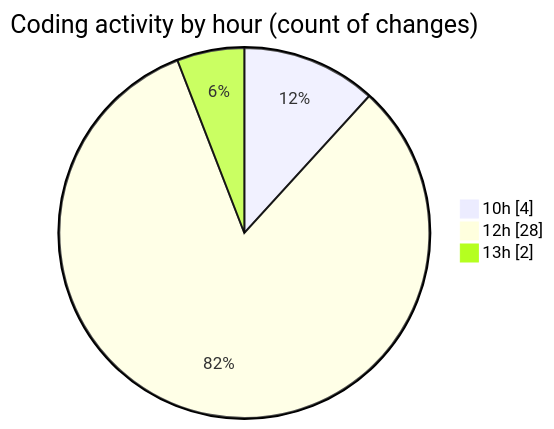
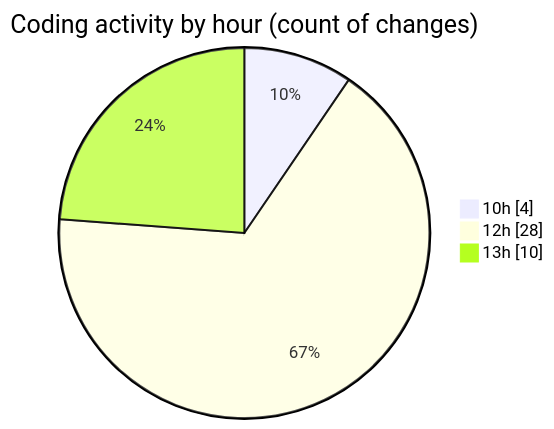
The second of 2 diagrams in 2025-05-22/nxtqube_webapp/README.md (nxtqubesakshisongat/code-tracking), drawn with Mermaid before and after one commit. The commit also changed other lines of this file and 1 other file, not shown here.

````diff
--- a/2025-05-22/nxtqube_webapp/README.md
+++ b/2025-05-22/nxtqube_webapp/README.md
@@ -30,7 +30,7 @@
 ```mermaid
 pie showData
 title Coding activity by hour (count of changes)
 "10h" : 4
 "12h" : 28
-"13h" : 2
+"13h" : 10
 ```
````
